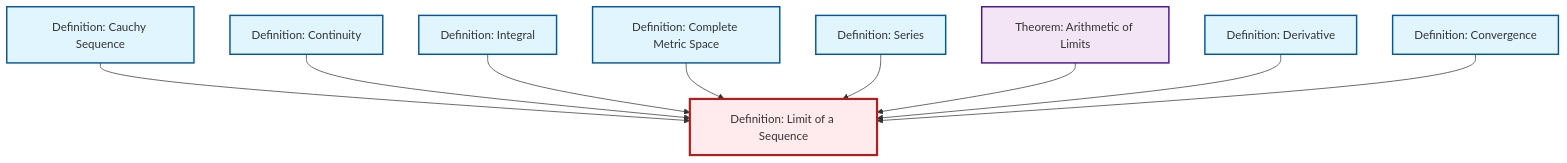
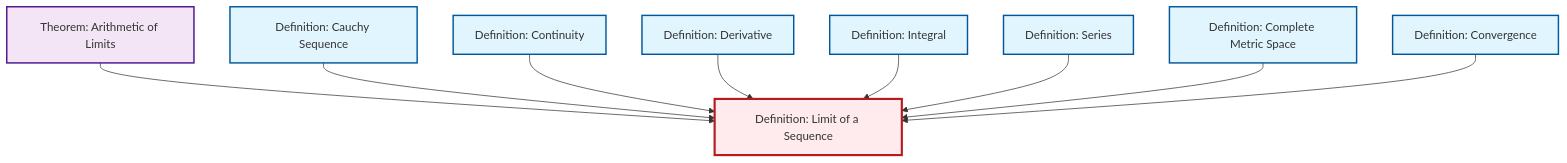
The diagram in content/en/analysis/def-limit.qmd (RK0429/ModernMath), drawn with Mermaid before and after one commit. The commit also changed other lines of this file and 581 other files, not shown here.

First line of the commit message:
feat: Add epimorphism definition and complete integral domain translations

````diff
--- a/content/en/analysis/def-limit.qmd
+++ b/content/en/analysis/def-limit.qmd
@@ -48,35 +48,35 @@
 ```{mermaid}
 %%| fig-cap: "Local dependency graph"
 graph TD
     classDef definition fill:#e1f5fe,stroke:#01579b,stroke-width:2px
     classDef theorem fill:#f3e5f5,stroke:#4a148c,stroke-width:2px
     classDef axiom fill:#fff3e0,stroke:#e65100,stroke-width:2px
     classDef example fill:#e8f5e9,stroke:#1b5e20,stroke-width:2px
     classDef current fill:#ffebee,stroke:#b71c1c,stroke-width:3px
+    thm-limit-arithmetic["Theorem: Arithmetic of Limits"]:::theorem
+    def-integral["Definition: Integral"]:::definition
+    def-convergence["Definition: Convergence"]:::definition
+    def-series["Definition: Series"]:::definition
     def-cauchy-sequence["Definition: Cauchy Sequence"]:::definition
-    thm-limit-arithmetic["Theorem: Arithmetic of Limits"]:::theorem
+    def-limit["Definition: Limit of a Sequence"]:::definition
+    def-derivative["Definition: Derivative"]:::definition
     def-continuity["Definition: Continuity"]:::definition
     def-complete-metric-space["Definition: Complete Metric Space"]:::definition
-    def-series["Definition: Series"]:::definition
-    def-integral["Definition: Integral"]:::definition
-    def-limit["Definition: Limit of a Sequence"]:::definition
-    def-convergence["Definition: Convergence"]:::definition
-    def-derivative["Definition: Derivative"]:::definition
+    thm-limit-arithmetic --> def-limit
     def-cauchy-sequence --> def-limit
     def-continuity --> def-limit
+    def-derivative --> def-limit
     def-integral --> def-limit
+    def-series --> def-limit
     def-complete-metric-space --> def-limit
-    def-series --> def-limit
-    thm-limit-arithmetic --> def-limit
-    def-derivative --> def-limit
     def-convergence --> def-limit
     class def-limit current
+    click thm-limit-arithmetic "thm-limit-arithmetic.html" "Go to Arithmetic of Limits theorem"
+    click def-integral "def-integral.html" "Go to Integral definition"
+    click def-convergence "def-convergence.html" "Go to Convergence definition"
+    click def-series "def-series.html" "Go to Series definition"
     click def-cauchy-sequence "def-cauchy-sequence.html" "Go to Cauchy Sequence definition"
-    click thm-limit-arithmetic "thm-limit-arithmetic.html" "Go to Arithmetic of Limits theorem"
+    click def-derivative "def-derivative.html" "Go to Derivative definition"
     click def-continuity "def-continuity.html" "Go to Continuity definition"
     click def-complete-metric-space "def-complete-metric-space.html" "Go to Complete Metric Space definition"
-    click def-series "def-series.html" "Go to Series definition"
-    click def-integral "def-integral.html" "Go to Integral definition"
-    click def-convergence "def-convergence.html" "Go to Convergence definition"
-    click def-derivative "def-derivative.html" "Go to Derivative definition"
 ```
````
